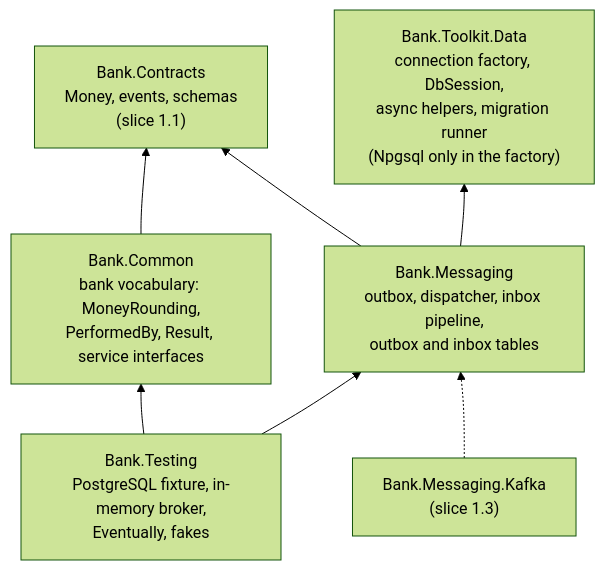
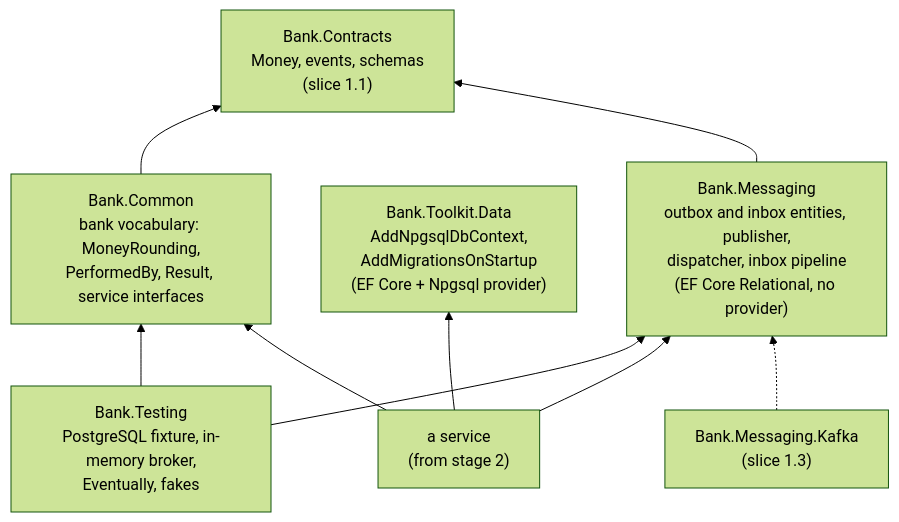
Before and after one commit to majid-sharif-soleimani/banking_demo: the second of 6 diagrams in docs/learning/stage-1/slice-1.2.md, drawn with Mermaid (forest theme). The commit also changed other lines of this file and 62 other files, not shown here.

First line of the commit message:
refactor!: move data access from Dapper to EF Core

````diff
--- a/docs/learning/stage-1/slice-1.2.md
+++ b/docs/learning/stage-1/slice-1.2.md
@@ -85,14 +83,17 @@
 ```mermaid
 flowchart BT
     C["Bank.Contracts<br/>Money, events, schemas<br/>(slice 1.1)"]
     CO["Bank.Common<br/>bank vocabulary: MoneyRounding,<br/>PerformedBy, Result, service interfaces"]
-    TD["Bank.Toolkit.Data<br/>connection factory, DbSession,<br/>async helpers, migration runner<br/>(Npgsql only in the factory)"]
-    M["Bank.Messaging<br/>outbox, dispatcher, inbox pipeline,<br/>outbox and inbox tables"]
+    TD["Bank.Toolkit.Data<br/>AddNpgsqlDbContext,<br/>AddMigrationsOnStartup<br/>(EF Core + Npgsql provider)"]
+    M["Bank.Messaging<br/>outbox and inbox entities, publisher,<br/>dispatcher, inbox pipeline<br/>(EF Core Relational, no provider)"]
     T["Bank.Testing<br/>PostgreSQL fixture, in-memory broker,<br/>Eventually, fakes"]
+    S["a service<br/>(from stage 2)"]
     CO --> C
     M --> C
-    M --> TD
     T --> CO
     T --> M
+    S --> TD
+    S --> M
+    S --> CO
     K["Bank.Messaging.Kafka<br/>(slice 1.3)"] -.-> M
 ```
````
